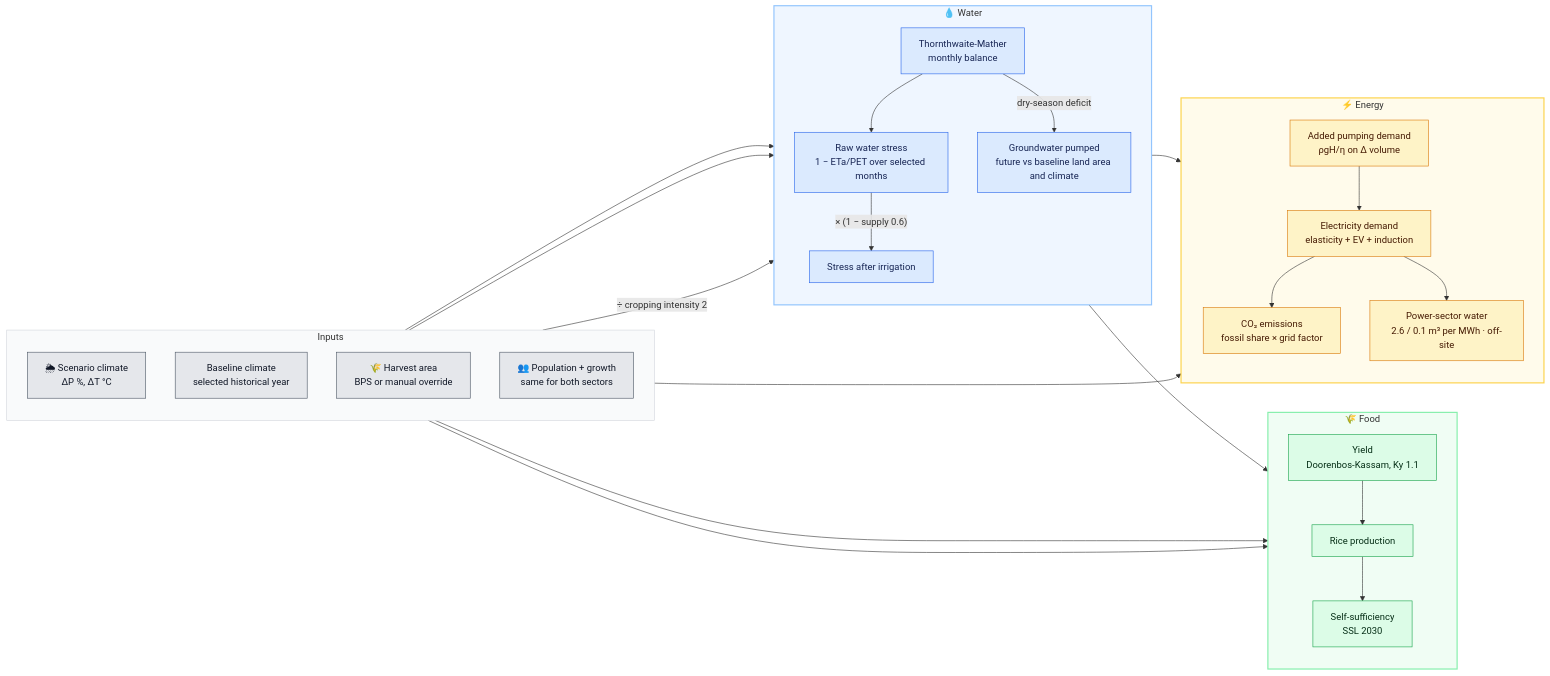
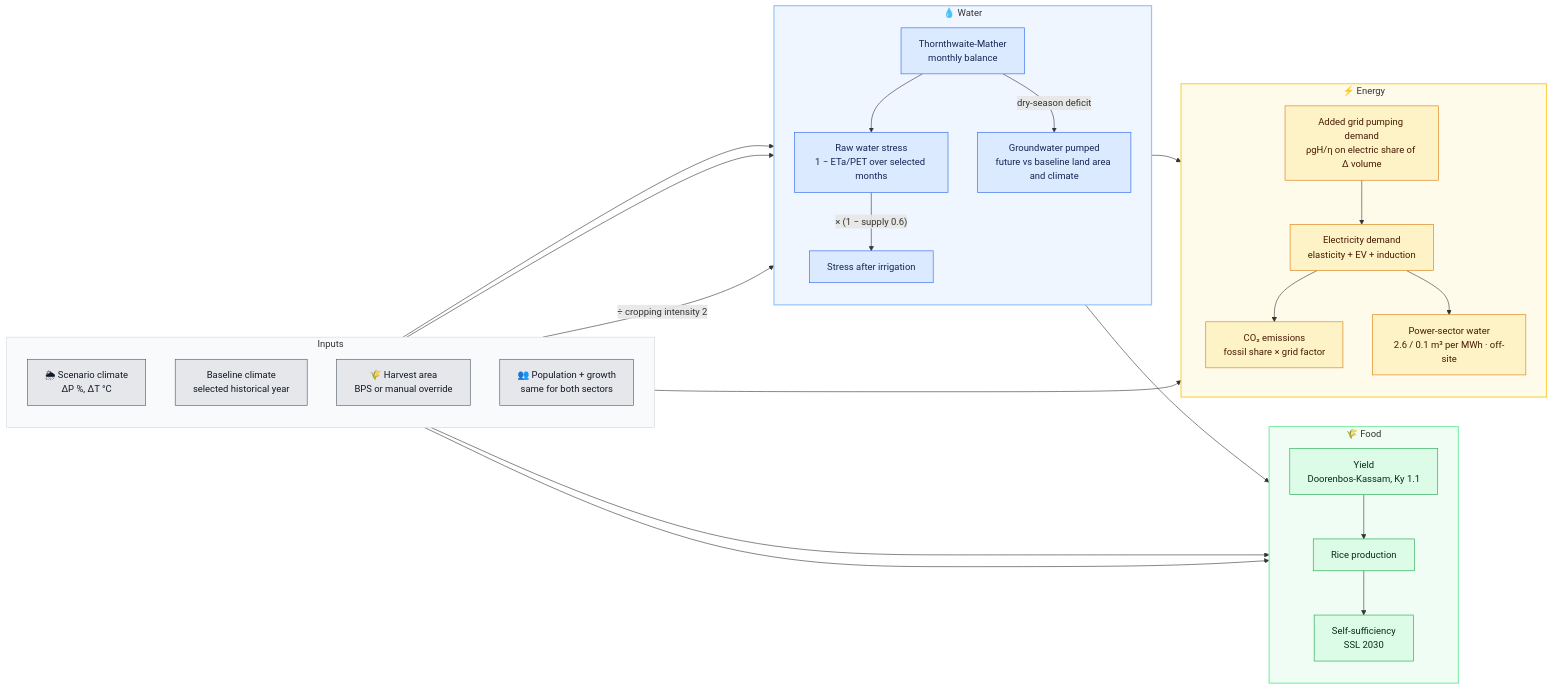
The second of 3 diagrams in README.md (zakusworo/wef-agentic), drawn with Mermaid before and after one commit. The commit also changed other lines of this file and 18 other files, not shown here.

Commit message:
Reject incomplete narratives and separate grid-electric pumping

````diff
--- a/README.md
+++ b/README.md
@@ -216,62 +216,62 @@
 ```mermaid
 flowchart LR
     subgraph IN["Inputs"]
         direction TB
         CD["🌦 Scenario climate<br/>ΔP %, ΔT °C"]
         BC["Baseline climate<br/>selected historical year"]
         AREA["🌾 Harvest area<br/>BPS or manual override"]
         POP["👥 Population + growth<br/>same for both sectors"]
     end
 
     subgraph WATER["💧 Water"]
         direction TB
         TM["Thornthwaite-Mather<br/>monthly balance"]
         RS["Raw water stress<br/>1 − ETa/PET over selected months"]
         ES["Stress after irrigation"]
         GW["Groundwater pumped<br/>future vs baseline land area and climate"]
         TM --> RS -->|"× (1 − supply 0.6)"| ES
         TM -->|"dry-season deficit"| GW
     end
 
     subgraph FOOD["🌾 Food"]
         direction TB
         Y["Yield<br/>Doorenbos-Kassam, Ky 1.1"]
         PROD["Rice production"]
         SSL["Self-sufficiency<br/>SSL 2030"]
         Y --> PROD --> SSL
     end
 
     subgraph ENERGY["⚡ Energy"]
         direction TB
-        PUMP["Added pumping demand<br/>ρgH/η on Δ volume"]
+        PUMP["Added grid pumping demand<br/>ρgH/η on electric share of Δ volume"]
         DEM["Electricity demand<br/>elasticity + EV + induction"]
         CO2["CO₂ emissions<br/>fossil share × grid factor"]
         PSW["Power-sector water<br/>2.6 / 0.1 m³ per MWh · off-site"]
         PUMP --> DEM
         DEM --> CO2
         DEM --> PSW
     end
 
     CD --> TM
     BC --> TM
     ES --> Y
     AREA --> PROD
     AREA -->|"÷ cropping intensity 2"| GW
     GW --> PUMP
     POP --> SSL
     POP --> DEM
 
     classDef input fill:#e5e7eb,stroke:#4b5563,color:#111827
     classDef water fill:#dbeafe,stroke:#2563eb,color:#172554
     classDef food fill:#dcfce7,stroke:#16a34a,color:#052e16
     classDef energy fill:#fef3c7,stroke:#d97706,color:#451a03
     class CD,BC,AREA,POP input
     class TM,RS,ES,GW water
     class Y,PROD,SSL food
     class PUMP,DEM,CO2,PSW energy
 
     style IN fill:#f9fafb,stroke:#d1d5db
     style WATER fill:#eff6ff,stroke:#93c5fd,stroke-width:2px
     style FOOD fill:#f0fdf4,stroke:#86efac,stroke-width:2px
     style ENERGY fill:#fffbeb,stroke:#fcd34d,stroke-width:2px
 ```
````
